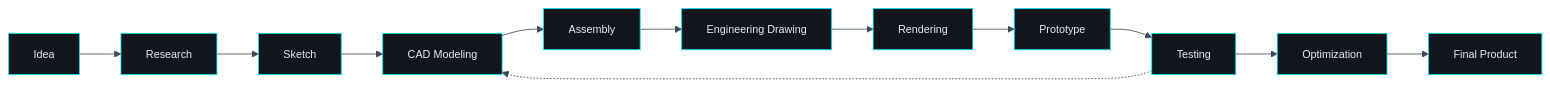
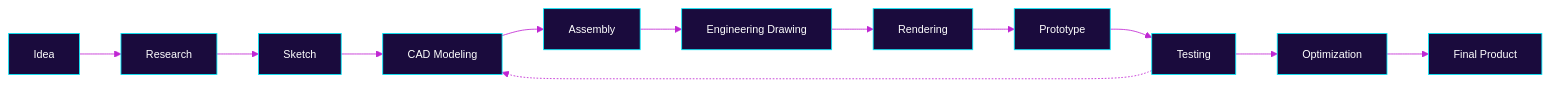
The diagram in README.md (jyothisaimekala/jyothisaimekala), drawn with Mermaid before and after one commit. The commit also changed other lines of this file, not shown here.

````diff
--- a/README.md
+++ b/README.md
@@ -134,15 +134,15 @@
 ```mermaid
-%%{init: {'theme':'base','themeVariables':{'primaryColor':'#12151C','primaryTextColor':'#E6EDF3','primaryBorderColor':'#00E5FF','lineColor':'#3D4757','fontFamily':'ui-monospace, monospace','fontSize':'13px'}}}%%
+%%{init: {'theme':'base','themeVariables':{'primaryColor':'#1A0B3D','primaryTextColor':'#FFFFFF','primaryBorderColor':'#00F0FF','lineColor':'#C026D3','fontFamily':'ui-monospace, monospace','fontSize':'13px'}}}%%
 flowchart LR
     A[Idea] --> B[Research]
     B --> C[Sketch]
     C --> D[CAD Modeling]
     D --> E[Assembly]
     E --> F[Engineering Drawing]
     F --> G[Rendering]
     G --> H[Prototype]
     H --> I[Testing]
     I --> J[Optimization]
     J --> K[Final Product]
     I -.-> D
 ```
````
